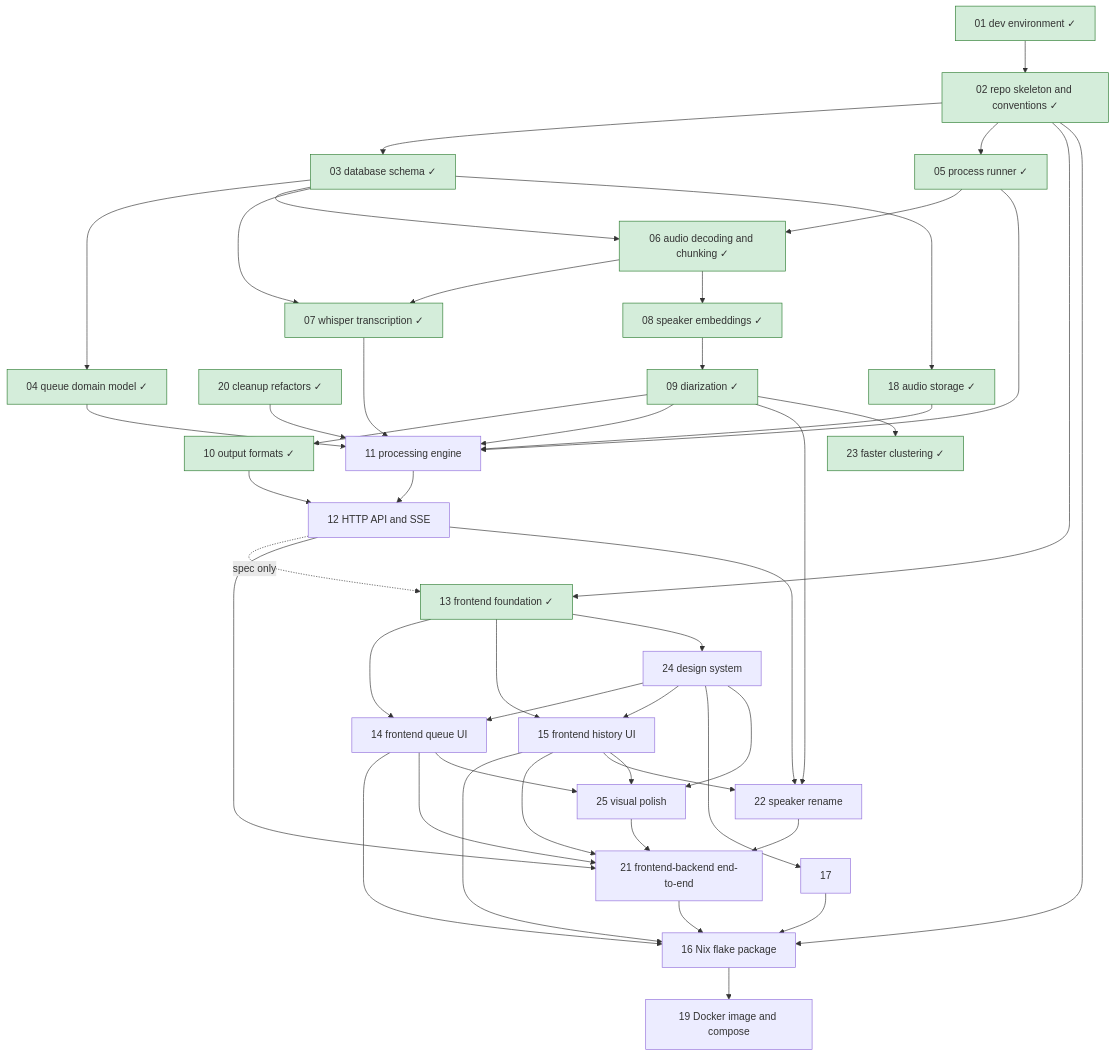
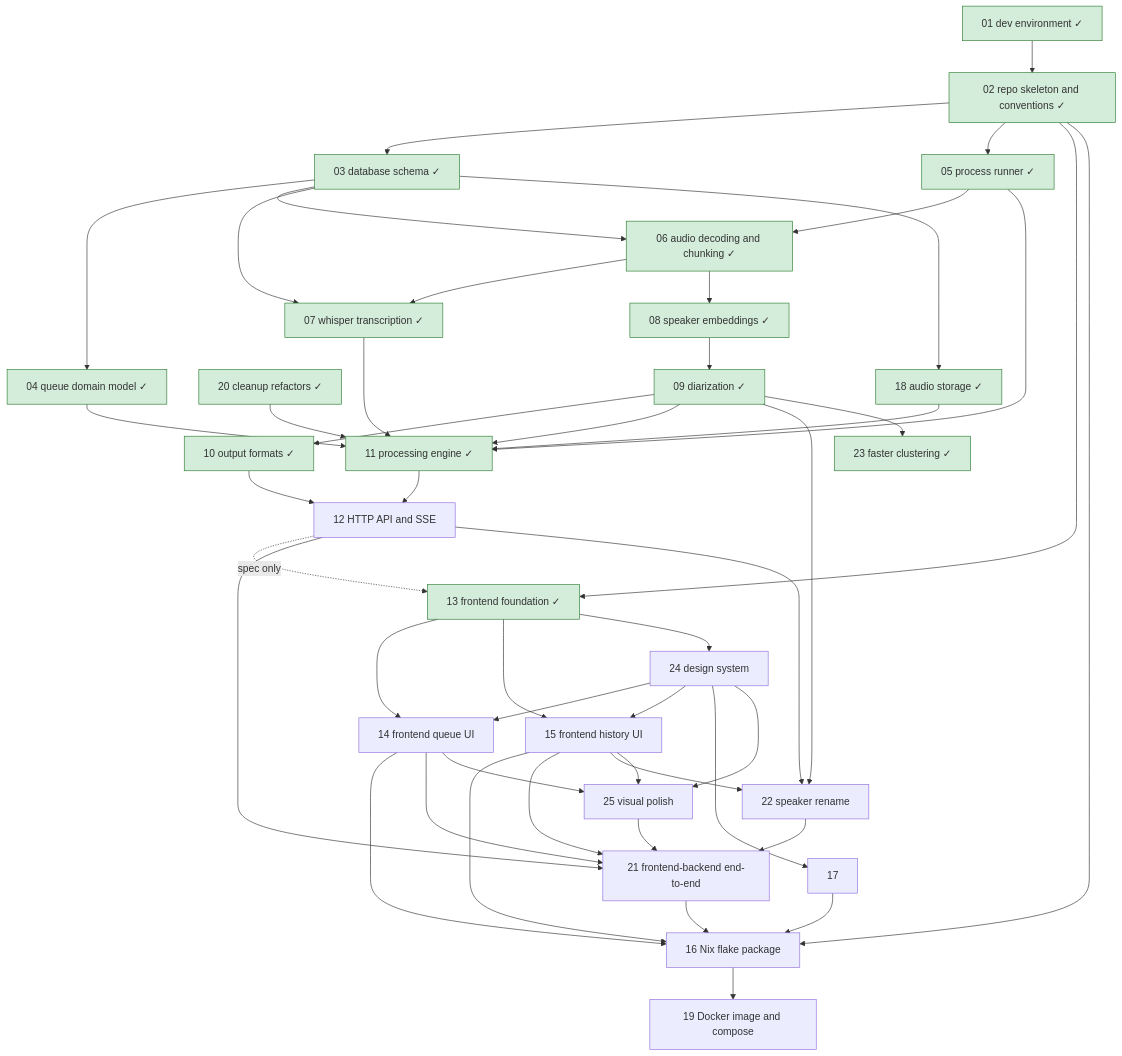
The diagram in roadmap/README.md (lulu-berlin/speech-to-text-app), drawn with Mermaid before and after one commit. The commit also changed other lines of this file and 2 other files, not shown here.

Commit message:
Complete roadmap item 11: move spec to docs/specs/processing-engine.md

````diff
--- a/roadmap/README.md
+++ b/roadmap/README.md
@@ -17,51 +17,51 @@
 ```mermaid
 graph TD
   01[01 dev environment ✓]:::done --> 02[02 repo skeleton and conventions ✓]:::done
   02 --> 03[03 database schema ✓]:::done
   03 --> 04[04 queue domain model ✓]:::done
   02 --> 05[05 process runner ✓]:::done
   05 --> 06[06 audio decoding and chunking ✓]:::done
   03 --> 06
   06 --> 07[07 whisper transcription ✓]:::done
   03 --> 07
   06 --> 08[08 speaker embeddings ✓]:::done
   08 --> 09[09 diarization ✓]:::done
   09 --> 10[10 output formats ✓]:::done
-  04 --> 11[11 processing engine]
+  04 --> 11[11 processing engine ✓]:::done
   05 --> 11
   07 --> 11
   09 --> 11
   03 --> 18[18 audio storage ✓]:::done
   18 --> 11
   20 --> 11
   11 --> 12[12 HTTP API and SSE]
   10 --> 12
   02 --> 13[13 frontend foundation ✓]:::done
   12 -. spec only .-> 13
   13 --> 14[14 frontend queue UI]
   13 --> 15[15 frontend history UI]
   02 --> 16[16 Nix flake package]
   14 --> 16
   15 --> 16
   17 --> 16
   20[20 cleanup refactors ✓]:::done
   12 --> 21[21 frontend-backend end-to-end]
   14 --> 21
   15 --> 21
   22 --> 21
   25 --> 21
   16 --> 19[19 Docker image and compose]
   21 --> 16
   09 --> 22[22 speaker rename]
   12 --> 22
   15 --> 22
   09 --> 23[23 faster clustering ✓]:::done
   13 --> 24[24 design system]
   24 --> 14
   24 --> 15
   24 --> 17
   24 --> 25[25 visual polish]
   14 --> 25
   15 --> 25
   classDef done fill:#d4edda,stroke:#2e7d32
 ```
````
